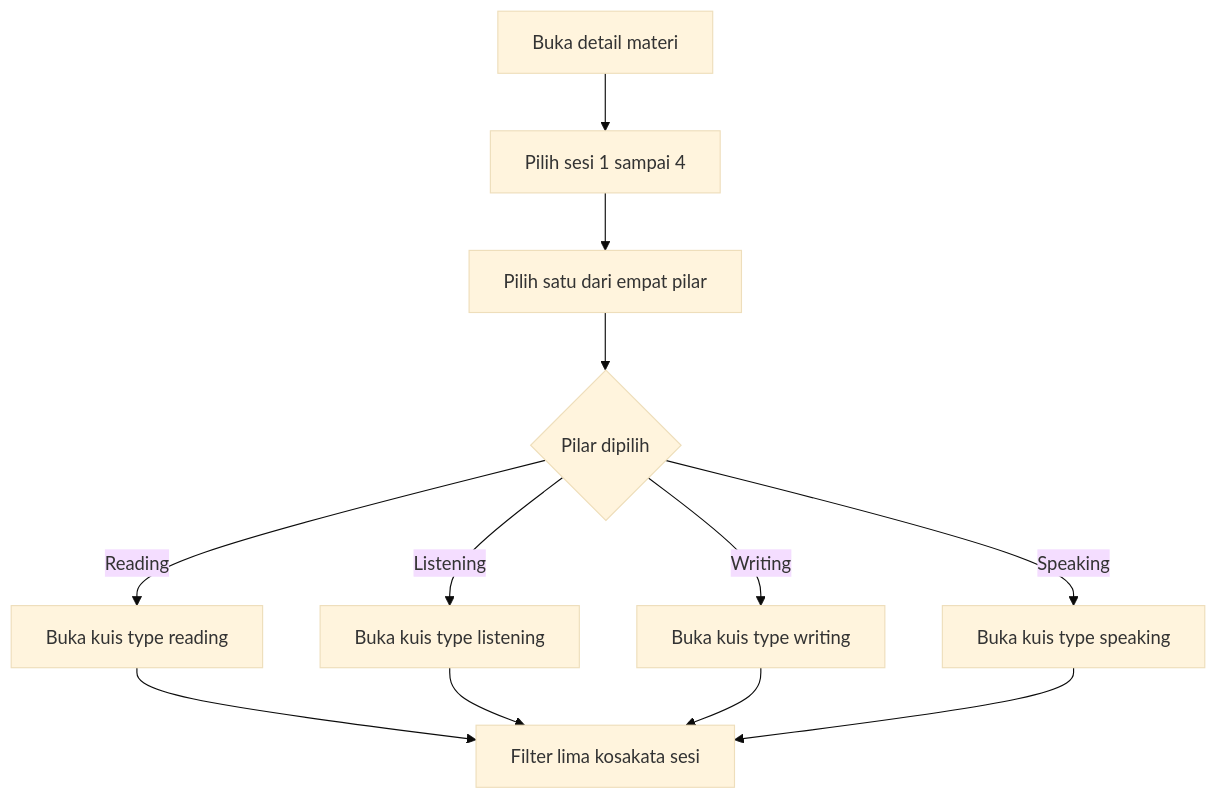
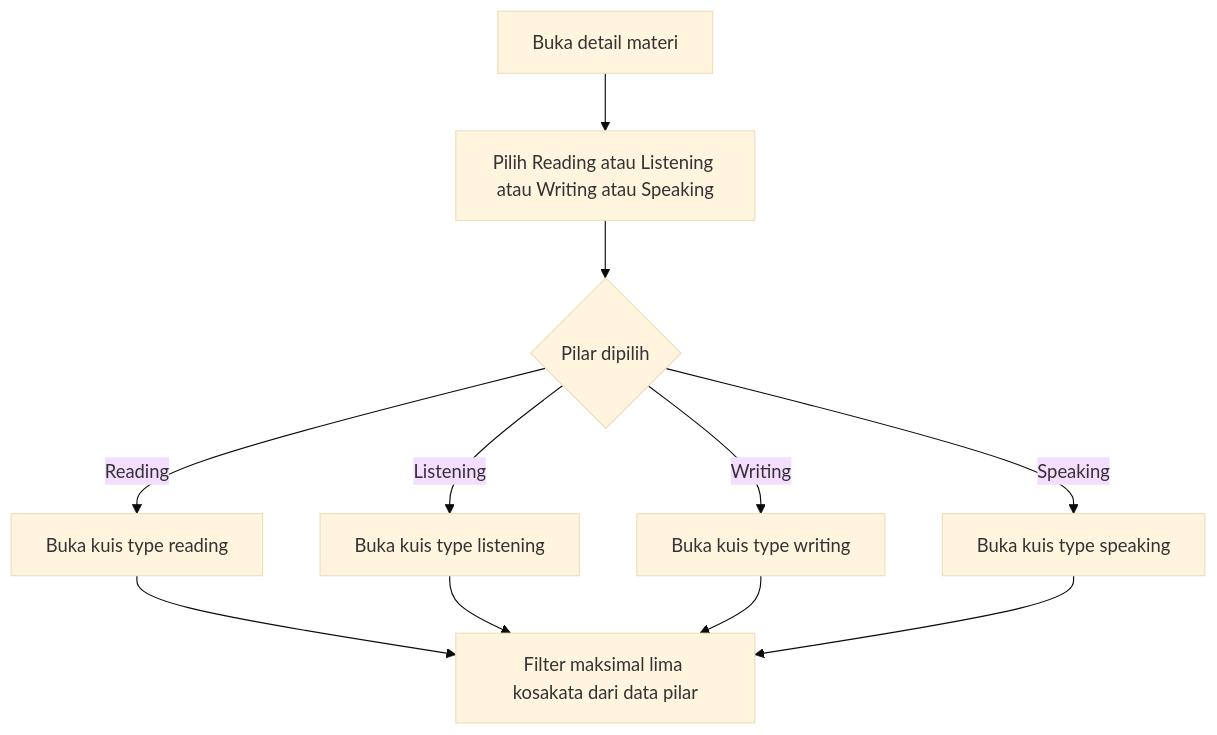
One commit to nandayudhistirawibowo/NdUniverse changed the second of 10 diagrams in FLOWCHART.md. Above: the diagram before and after it, drawn with Mermaid (base theme). The commit also changed other lines of this file and 18 other files, not shown here.

````diff
--- a/FLOWCHART.md
+++ b/FLOWCHART.md
@@ -23,14 +23,13 @@
 ```mermaid
 flowchart TD
-    A[Buka detail materi] --> B[Pilih sesi 1 sampai 4]
-    B --> C[Pilih satu dari empat pilar]
-    C --> D{Pilar dipilih}
-    D -->|Reading| E[Buka kuis type reading]
-    D -->|Listening| F[Buka kuis type listening]
-    D -->|Writing| G[Buka kuis type writing]
-    D -->|Speaking| H[Buka kuis type speaking]
-    E --> I[Filter lima kosakata sesi]
-    F --> I
-    G --> I
-    H --> I
+    A[Buka detail materi] --> B[Pilih Reading atau Listening atau Writing atau Speaking]
+    B --> C{Pilar dipilih}
+    C -->|Reading| D[Buka kuis type reading]
+    C -->|Listening| E[Buka kuis type listening]
+    C -->|Writing| F[Buka kuis type writing]
+    C -->|Speaking| G[Buka kuis type speaking]
+    D --> H[Filter maksimal lima kosakata dari data pilar]
+    E --> H
+    F --> H
+    G --> H
 ```
````
